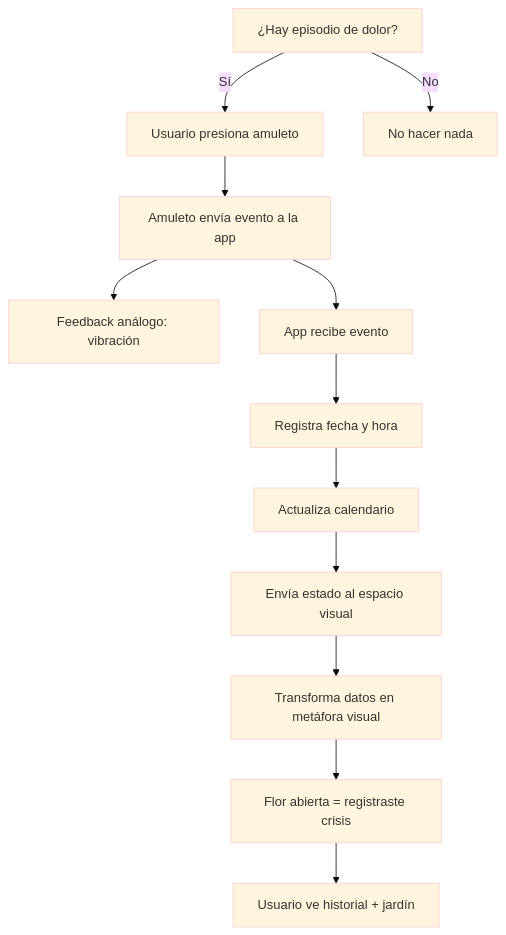
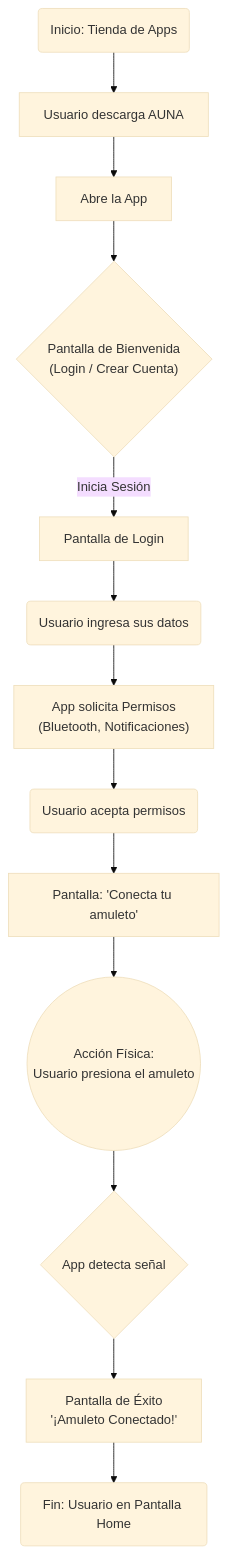
Before and after one commit to janisepulveda/auna: the diagram in README.md, drawn with Mermaid (base theme). The commit also changed other lines of this file, not shown here.

Commit message:
Revise onboarding flowchart for app user journey
Updated onboarding flowchart in README.md to reflect new app user journey.

````diff
--- a/README.md
+++ b/README.md
@@ -19,26 +20,15 @@
 ```mermaid
-flowchart TD
-    A["¿Hay episodio de dolor?"] -- Sí --> B["Usuario presiona amuleto"]
-    A -- No --> C["No hacer nada"]
-    B --> D["Amuleto envía evento a la app"]
-    D --> E["Feedback análogo: vibración"] & F["App recibe evento"]
-    F --> G["Registra fecha y hora"]
-    G --> H["Actualiza calendario"]
-    H --> I["Envía estado al espacio visual"]
-    I --> J["Transforma datos en metáfora visual"]
-    J --> K["Flor abierta = registraste crisis<br>"]
-    K --> L["Usuario ve historial + jardín"]
-
-    style A stroke:#FFCDD2
-    style B stroke:#FFCDD2
-    style C stroke:#FFCDD2
-    style D stroke:#FFCDD2
-    style E stroke:#FFCDD2
-    style F stroke:#FFCDD2
-    style G stroke:#FFCDD2
-    style H stroke:#FFCDD2
-    style I stroke:#FFCDD2
-    style J stroke:#FFCDD2
-    style K stroke:#FFCDD2
-    style L stroke:#FFCDD2
+graph TD
+    A("Inicio: Tienda de Apps") --> B["Usuario descarga AUNA"];
+    B --> C["Abre la App"];
+    C --> D{"Pantalla de Bienvenida <br> (Login / Crear Cuenta)"};
+    D -- "Inicia Sesión" --> E["Pantalla de Login"];
+    E --> F("Usuario ingresa sus datos");
+    F --> G["App solicita Permisos <br> (Bluetooth, Notificaciones)"];
+    G --> H("Usuario acepta permisos");
+    H --> I["Pantalla: 'Conecta tu amuleto'"];
+    I --> J(("Acción Física: <br> Usuario presiona el amuleto"));
+    J --> K{"App detecta señal"};
+    K --> L["Pantalla de Éxito <br> '¡Amuleto Conectado!'"];
+    L --> M("Fin: Usuario en Pantalla Home");
 ```
````
